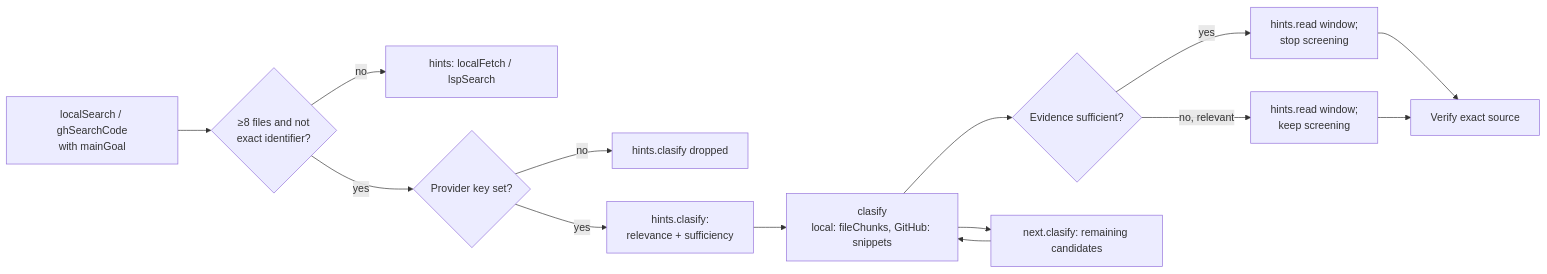
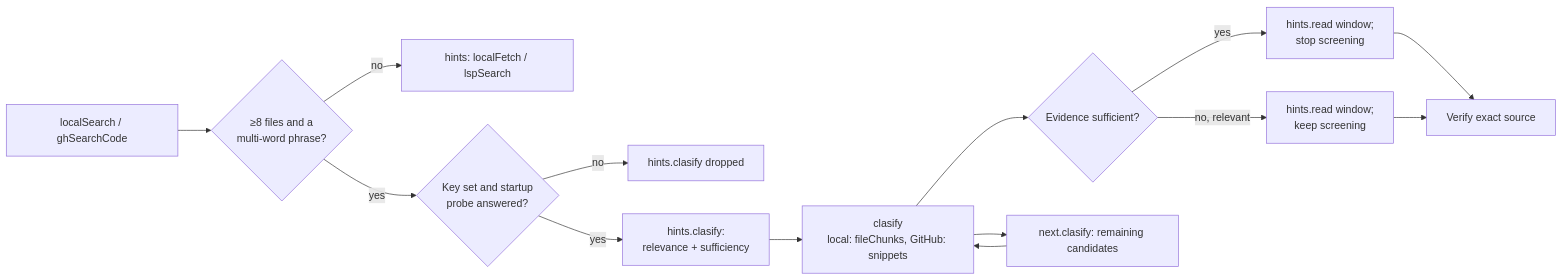
Before and after one commit to bgauryy/octocode: the fourth of 4 diagrams in docs/OCTOCODE_CLASIFY.md, drawn with Mermaid. The commit also changed other lines of this file and 982 other files, not shown here.

````diff
--- a/docs/OCTOCODE_CLASIFY.md
+++ b/docs/OCTOCODE_CLASIFY.md
@@ -162,16 +158,16 @@
 ```mermaid
 flowchart LR
-    S["localSearch / ghSearchCode<br/>with mainGoal"] --> W{"≥8 files and not<br/>exact identifier?"}
+    S["localSearch / ghSearchCode"] --> W{"≥8 files and a<br/>multi-word phrase?"}
     W -- no --> N["hints: localFetch / lspSearch"]
-    W -- yes --> K{Provider key set?}
+    W -- yes --> K{"Key set and startup<br/>probe answered?"}
     K -- no --> DROP[hints.clasify dropped]
     K -- yes --> H["hints.clasify:<br/>relevance + sufficiency"]
     H --> C["clasify<br/>local: fileChunks, GitHub: snippets"]
     C --> Q{Evidence sufficient?}
     Q -- yes --> E["hints.read window;<br/>stop screening"]
     Q -- no, relevant --> R["hints.read window;<br/>keep screening"]
     C --> P["next.clasify: remaining candidates"]
     P --> C
     E --> V[Verify exact source]
     R --> V
 ```
````
